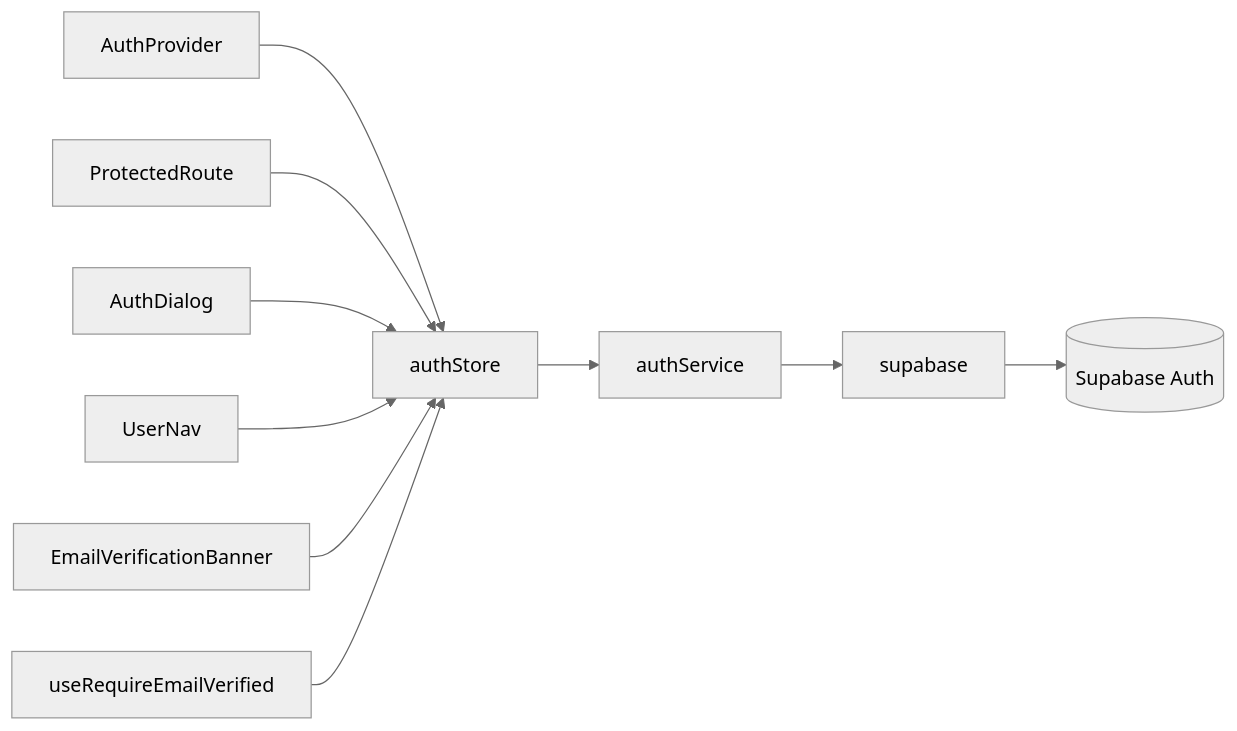
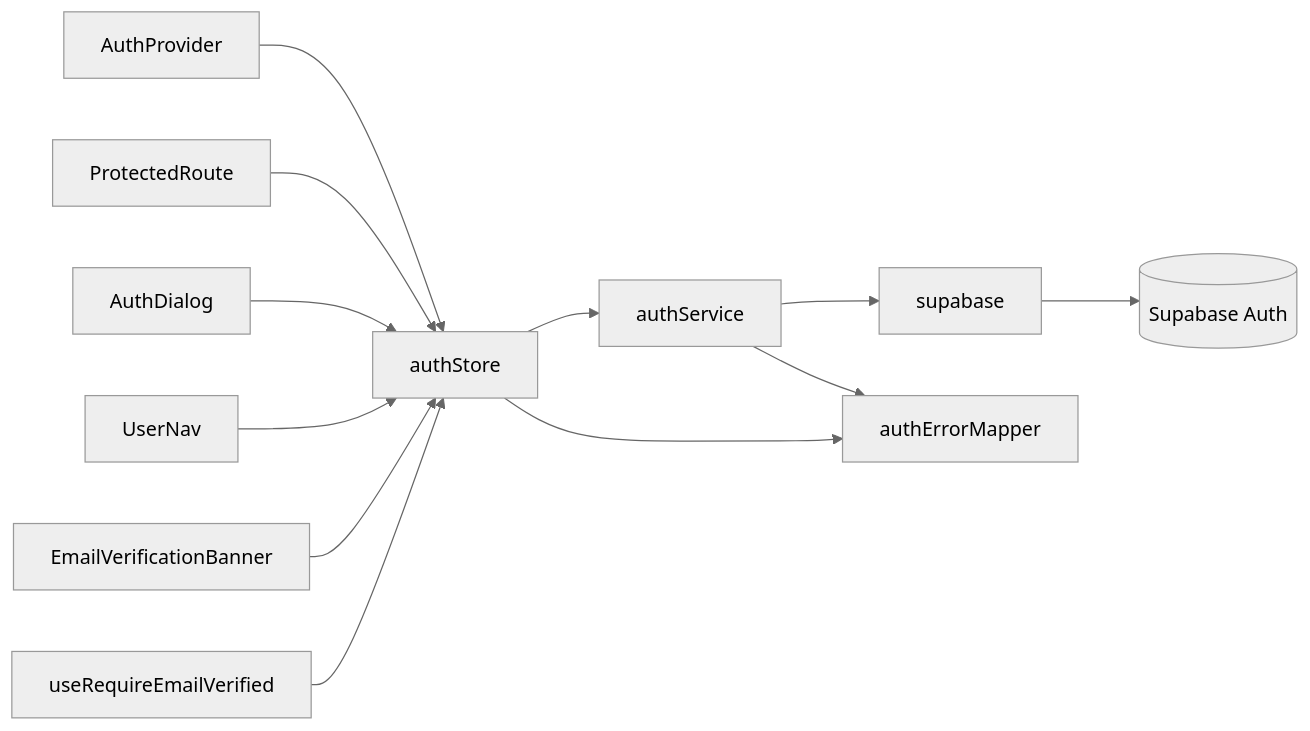
Before and after one commit to JasperLin2333/Flash-Flow: the tenth of 10 diagrams in .qoder/repowiki/zh/content/服务层与外部集成/认证系统/认证系统.md, drawn with Mermaid (neutral theme). The commit also changed other lines of this file and 12 other files, not shown here.

````diff
--- a/.qoder/repowiki/zh/content/服务层与外部集成/认证系统/认证系统.md
+++ b/.qoder/repowiki/zh/content/服务层与外部集成/认证系统/认证系统.md
@@ -305,12 +351,14 @@
 ```mermaid
 graph LR
 AuthProvider --> authStore
 ProtectedRoute --> authStore
 AuthDialog --> authStore
 UserNav --> authStore
 EmailVerificationBanner --> authStore
 useRequireEmailVerified --> authStore
 authStore --> authService
 authService --> supabase
 supabase --> SupabaseAuth[(Supabase Auth)]
+authStore --> authErrorMapper
+authService --> authErrorMapper
 ```
````
